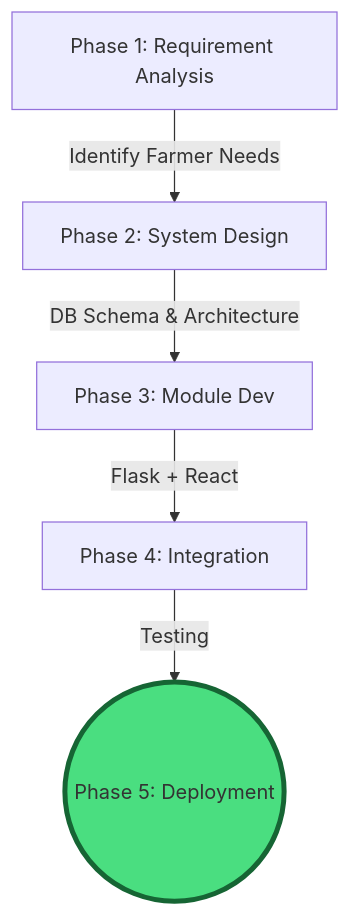
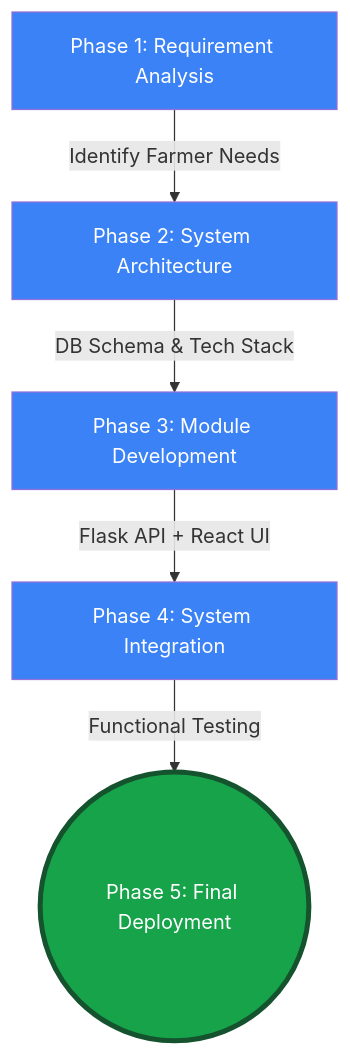
One commit to hmpmanish/jaymani-krishi-sewa changed the first of 5 diagrams in docs/Project_Design_Report_PO_Mapping.md. Above: the diagram before and after it, drawn with Mermaid. The commit also changed other lines of this file, not shown here.

Commit message:
Major design and structure improvements to PO mapping report

````diff
--- a/docs/Project_Design_Report_PO_Mapping.md
+++ b/docs/Project_Design_Report_PO_Mapping.md
@@ -12,9 +33,13 @@
 ```mermaid
 graph TD
-    A[Phase 1: Requirement Analysis] -->|Identify Farmer Needs| B[Phase 2: System Design]
-    B -->|DB Schema & Architecture| C[Phase 3: Module Dev]
-    C -->|Flask + React| D[Phase 4: Integration]
-    D -->|Testing| E((Phase 5: Deployment))
+    A[Phase 1: Requirement Analysis] -->|Identify Farmer Needs| B[Phase 2: System Architecture]
+    B -->|DB Schema & Tech Stack| C[Phase 3: Module Development]
+    C -->|Flask API + React UI| D[Phase 4: System Integration]
+    D -->|Functional Testing| E((Phase 5: Final Deployment))
     
-    style E fill:#4ade80,stroke:#166534,stroke-width:4px
+    style E fill:#16a34a,stroke:#14532d,stroke-width:4px,color:#fff
+    style A fill:#3b82f6,color:#fff
+    style B fill:#3b82f6,color:#fff
+    style C fill:#3b82f6,color:#fff
+    style D fill:#3b82f6,color:#fff
 ```
````
